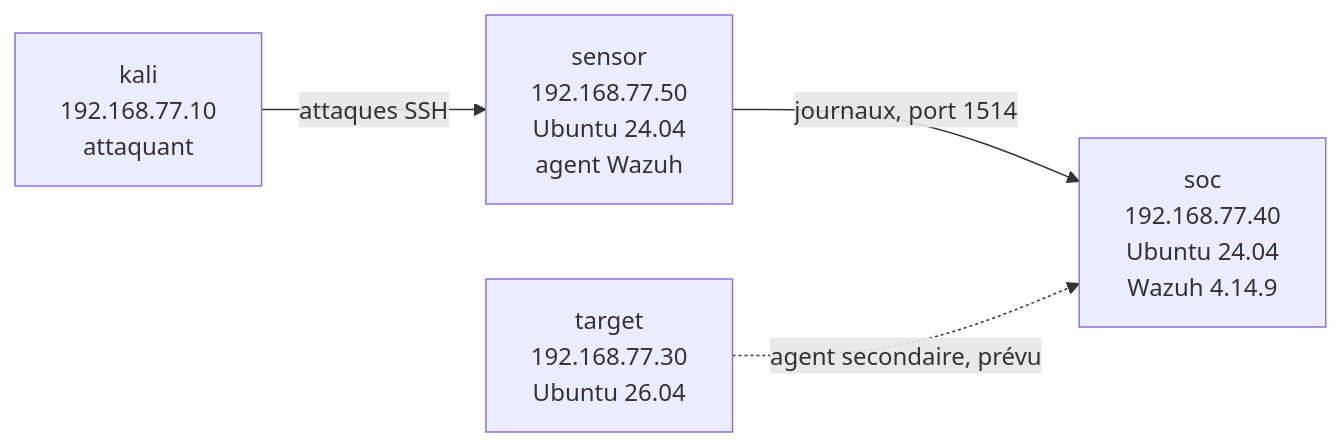
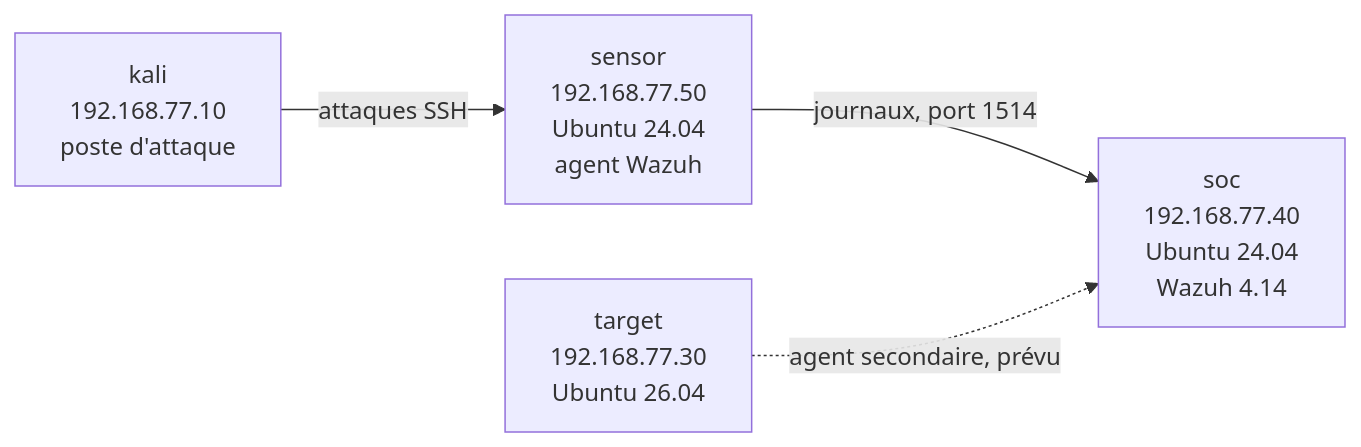
Before and after one commit to Armand413/wazuh-mini-soc: the diagram in README.md, drawn with Mermaid. The commit also changed other lines of this file and 1 other file, not shown here.

````diff
--- a/README.md
+++ b/README.md
@@ -15,6 +32,6 @@
 ```mermaid
 flowchart LR
-    K[kali<br/>192.168.77.10<br/>attaquant] -->|attaques SSH| S[sensor<br/>192.168.77.50<br/>Ubuntu 24.04<br/>agent Wazuh]
-    S -->|journaux, port 1514| W[soc<br/>192.168.77.40<br/>Ubuntu 24.04<br/>Wazuh 4.14.9]
+    K[kali<br/>192.168.77.10<br/>poste d'attaque] -->|attaques SSH| S[sensor<br/>192.168.77.50<br/>Ubuntu 24.04<br/>agent Wazuh]
+    S -->|journaux, port 1514| W[soc<br/>192.168.77.40<br/>Ubuntu 24.04<br/>Wazuh 4.14]
     T[target<br/>192.168.77.30<br/>Ubuntu 26.04] -.->|agent secondaire, prévu| W
 ```
````
